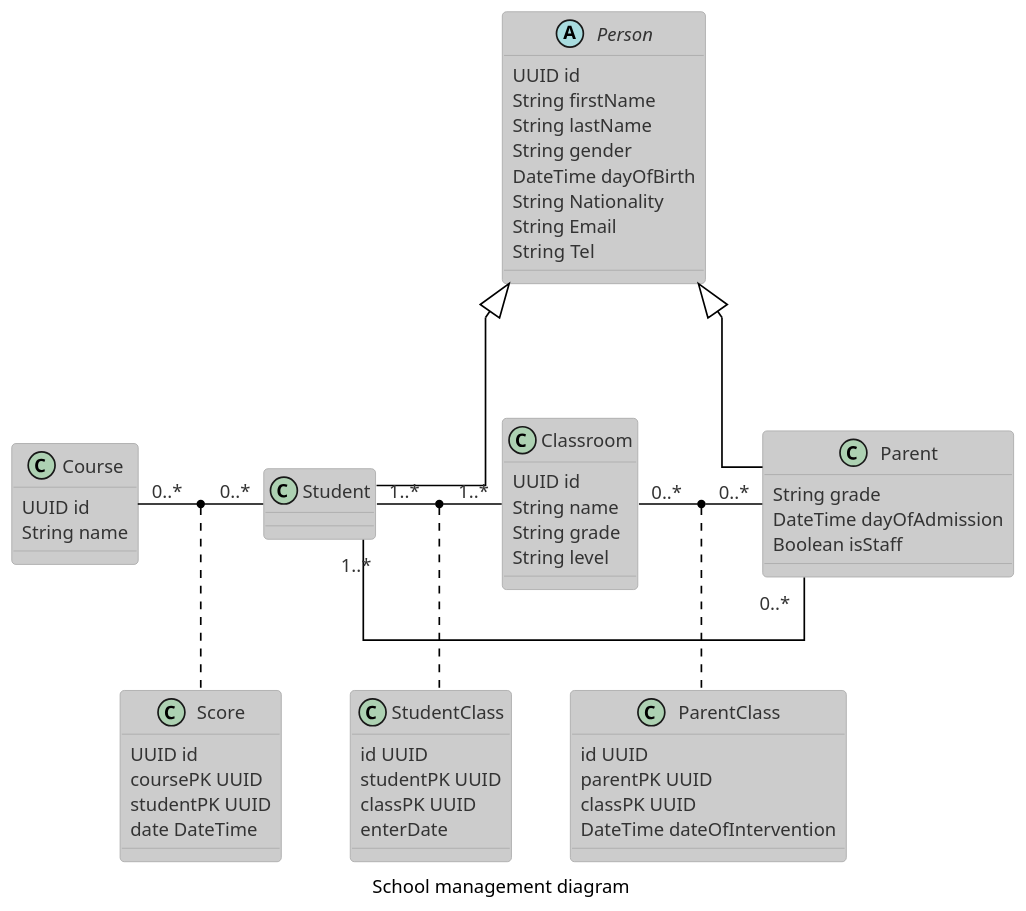
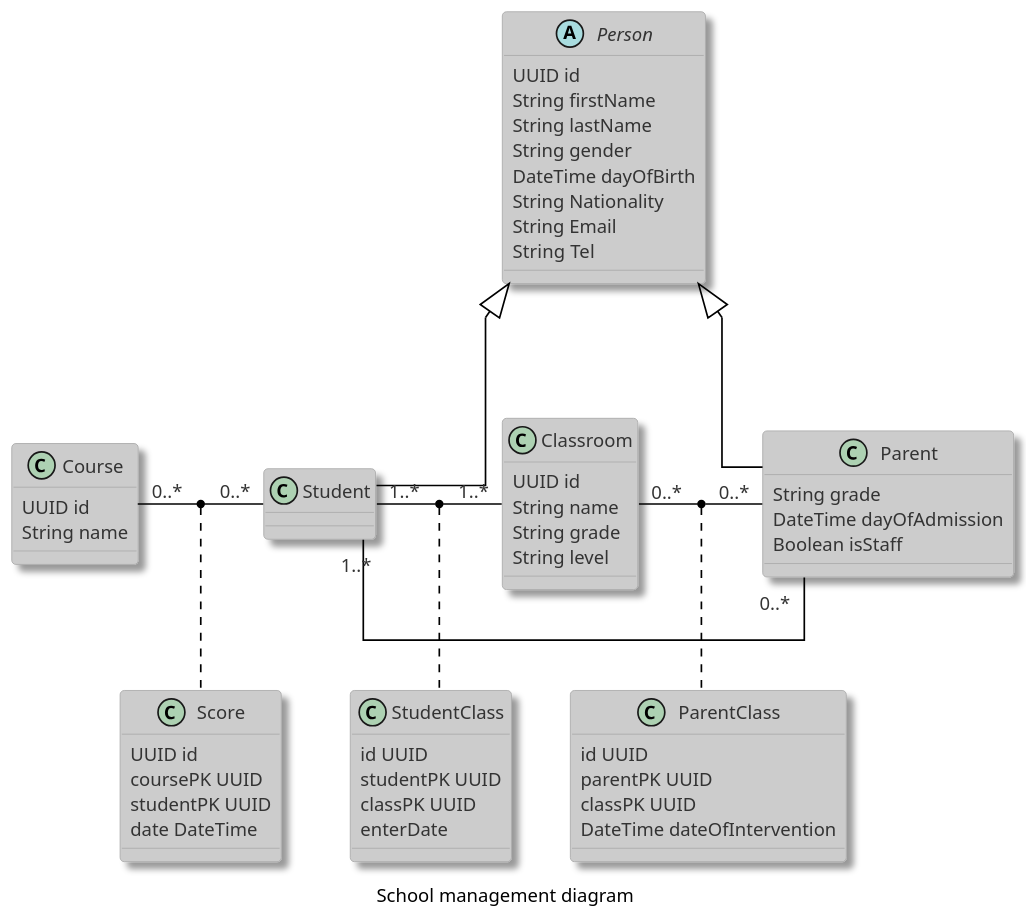
Before and after one commit to aristidebm/school-manger-backend: the diagram in docs/diagram.puml, drawn with PlantUML.

```diff
--- a/docs/diagram.puml
+++ b/docs/diagram.puml
@@ -1,114 +1,114 @@
 @startuml
 'https://plantuml.com/class-diagram
 ' This is also a great resource https://plantuml-documentation.readthedocs.io/en/latest/formatting/all-skin-params.html
 
 'Check this link for more configs https://plantuml.com/commons
 scale 1.5
 
 'Check this link for more themes https://plantuml.com/theme
 !theme reddress-lightorange
 ' config
 skinparam CaptionFontSize 11
 skinparam linetype polyline
 skinparam linetype ortho
 skinparam groupInheritance 2
-
+skinparam Shadowing true
 caption School management diagram
 
 /'
  Define classes
 '/
 
 class Course {
     UUID id
     String name
 }
 
 class Score {
     UUID id
     coursePK UUID
     studentPK UUID
     date DateTime
 }
 
 abstract class Person {
     UUID id
     String firstName
     String lastName
     String gender
     DateTime dayOfBirth
     String Nationality
     String Email
     String Tel
 }
 
 class Student {
 
 }
 
 class Parent {
     String grade
     DateTime dayOfAdmission
     Boolean isStaff
 }
 
 class Classroom {
     UUID id
     String name
     String grade
     String level
 }
 
 class  ParentClass {
     id UUID
     parentPK UUID
     classPK UUID
     DateTime dateOfIntervention
 }
 
 class StudentClass {
     id UUID
     studentPK UUID
     classPK UUID
      enterDate
 }
 
 /'
 Define notes
 '/
 
 /'note right of Class::grade
 grade is the equivalent
 of `serie` in english
 end note
 
 note right of Parent
 This Method is tend to encapsulate
 either a parent or an instructor
 end note
 
 note right of ParentClass::dateOfIntervention
 dateOfIntervention is the date at which the instructor
 begin instructing the class
 end note
 '/
 
 /'
 Defines Relations
 '/
 
 ' used to merge inheritance arrows header.
 Person <|--  Student
 Person <|--  Parent
 
 Student "1..*" - "0..*" Parent
 
 Student "1..*" - "1..*" Classroom
 (Student, Classroom) .. StudentClass
 
 Classroom "0..*" -left- "0..*" Parent
 (Parent, Classroom) .. ParentClass
 
 Course "0..*" -left- "0..*" Student
 (Student, Course) .. Score
 @enduml
```
